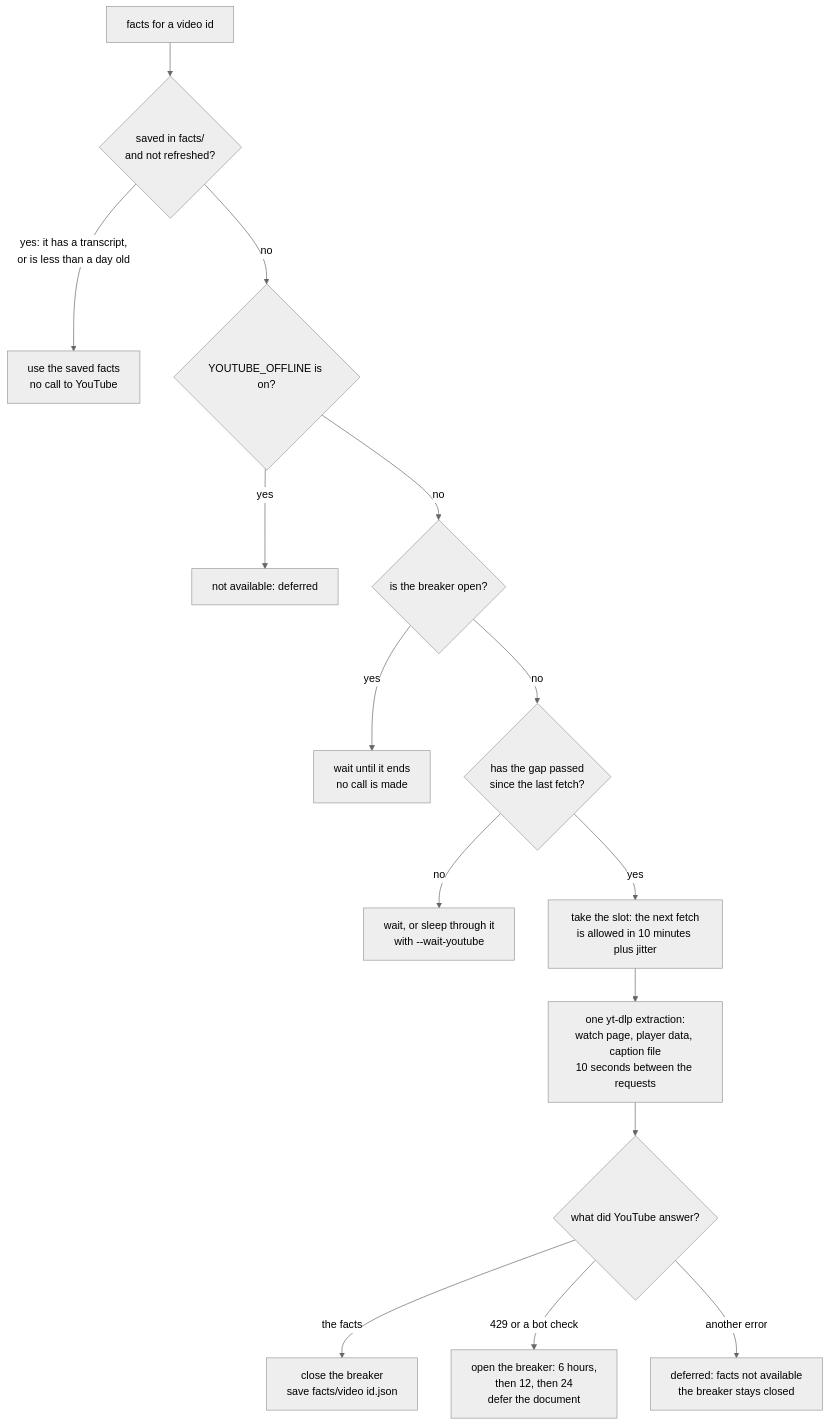
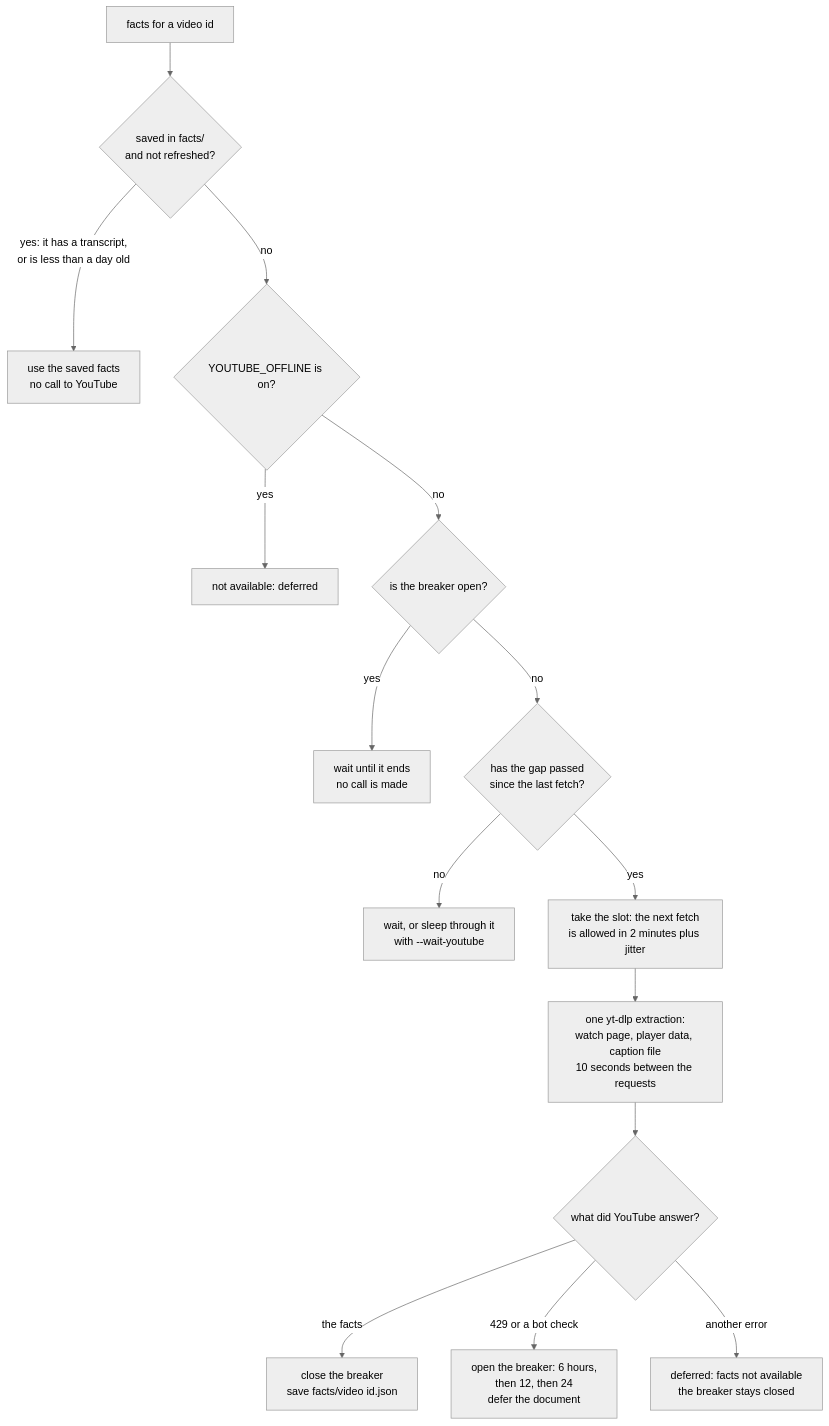
One commit to epiaku/idea-catcher changed the third of 5 diagrams in docs/idea-catcher-diagram-processing-loop.md. Above: the diagram before and after it, drawn with Mermaid (neutral theme). The commit also changed other lines of this file and 9 other files, not shown here.

Commit message:
feat: reduce YouTube fetch gap from 10 minutes to 2 minutes to optimize request pacing

````diff
--- a/docs/idea-catcher-diagram-processing-loop.md
+++ b/docs/idea-catcher-diagram-processing-loop.md
@@ -100,17 +100,17 @@
 ```mermaid
 flowchart TB
   f0["facts for a video id"] --> f1{"saved in facts/<br/>and not refreshed?"}
   f1 -->|"yes: it has a transcript,<br/>or is less than a day old"| fok["use the saved facts<br/>no call to YouTube"]
   f1 -->|"no"| f2{"YOUTUBE_OFFLINE is on?"}
   f2 -->|"yes"| foff["not available: deferred"]
   f2 -->|"no"| f3{"is the breaker open?"}
   f3 -->|"yes"| fblk["wait until it ends<br/>no call is made"]
   f3 -->|"no"| f4{"has the gap passed<br/>since the last fetch?"}
   f4 -->|"no"| fgap["wait, or sleep through it<br/>with --wait-youtube"]
-  f4 -->|"yes"| f5["take the slot: the next fetch<br/>is allowed in 10 minutes plus jitter"]
+  f4 -->|"yes"| f5["take the slot: the next fetch<br/>is allowed in 2 minutes plus jitter"]
   f5 --> f6["one yt-dlp extraction:<br/>watch page, player data, caption file<br/>10 seconds between the requests"]
   f6 --> f7{"what did YouTube answer?"}
   f7 -->|"the facts"| f8["close the breaker<br/>save facts/video id.json"]
   f7 -->|"429 or a bot check"| f9["open the breaker: 6 hours,<br/>then 12, then 24<br/>defer the document"]
   f7 -->|"another error"| f10["deferred: facts not available<br/>the breaker stays closed"]
 ```
````
